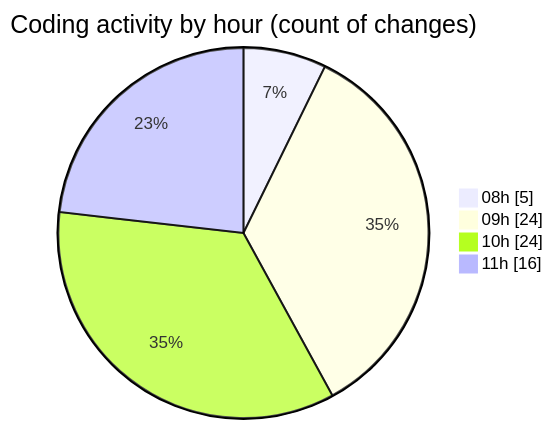
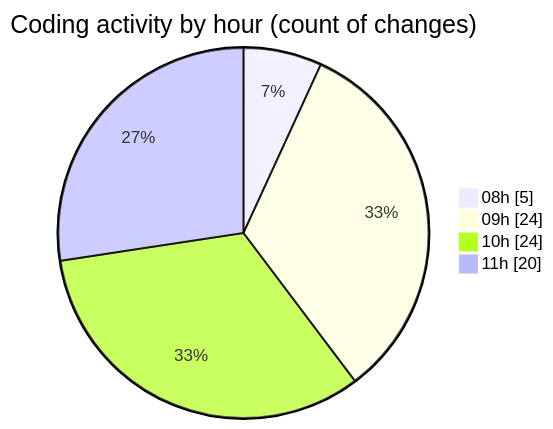
The second of 2 diagrams in 2025-11-24/cda/README.md (momahboobian/code-tracking), drawn with Mermaid before and after one commit. The commit also changed other lines of this file and 1 other file, not shown here.

````diff
--- a/2025-11-24/cda/README.md
+++ b/2025-11-24/cda/README.md
@@ -38,8 +38,8 @@
 ```mermaid
 pie showData
 title Coding activity by hour (count of changes)
 "08h" : 5
 "09h" : 24
 "10h" : 24
-"11h" : 16
+"11h" : 20
 ```
````
